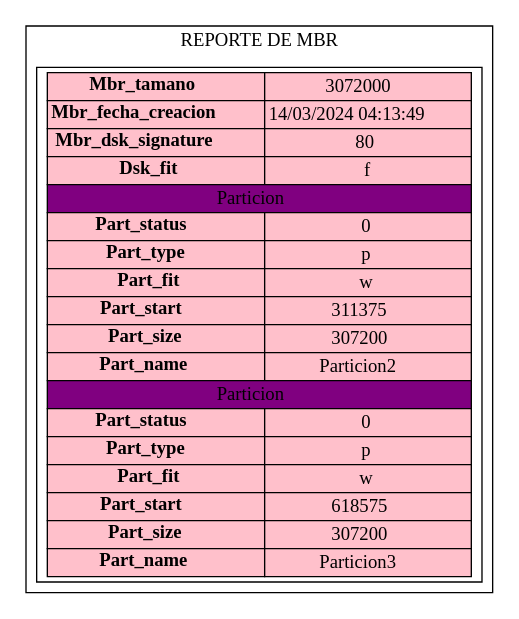
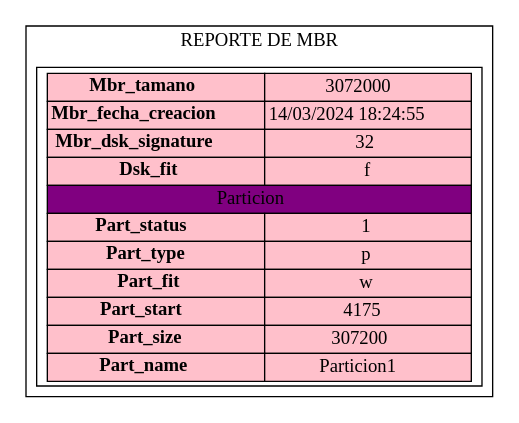
The diagram in Mbr.dot (NatalyDuarte/MIA_P1_202001570), drawn with Graphviz before and after one commit. The commit also changed 12 other files, not shown here.

```diff
--- a/Mbr.dot
+++ b/Mbr.dot
@@ -1,23 +1,17 @@
 digraph G{
 subgraph cluster{
 label="REPORTE DE MBR"
 tbl[shape=box,label=<
 <table border='0' cellborder='1' cellspacing='0' width='300'  height='200' >
 <tr> <td width='150' bgcolor="pink"><b>Mbr_tamano</b></td><td width='150' bgcolor="pink">3072000</td>  </tr>
-<tr>  <td bgcolor="pink"><b>Mbr_fecha_creacion</b></td><td bgcolor="pink">14/03/2024 04:13:49</td>  </tr>
-<tr>  <td bgcolor="pink"><b>Mbr_dsk_signature</b></td><td bgcolor="pink">80</td>  </tr>
-<tr>  <td bgcolor="pink"><b>Dsk_fit</b></td><td bgcolor="pink">f</td>  </tr><tr><td colspan="2" bgcolor="purple">Particion</td></tr><tr>  <td bgcolor="pink"><b>Part_status</b></td><td bgcolor="pink">0</td>  </tr>
+<tr>  <td bgcolor="pink"><b>Mbr_fecha_creacion</b></td><td bgcolor="pink">14/03/2024 18:24:55</td>  </tr>
+<tr>  <td bgcolor="pink"><b>Mbr_dsk_signature</b></td><td bgcolor="pink">32</td>  </tr>
+<tr>  <td bgcolor="pink"><b>Dsk_fit</b></td><td bgcolor="pink">f</td>  </tr><tr><td colspan="2" bgcolor="purple">Particion</td></tr><tr>  <td bgcolor="pink"><b>Part_status</b></td><td bgcolor="pink">1</td>  </tr>
 <tr>  <td bgcolor="pink"><b>Part_type</b></td><td bgcolor="pink">p</td>  </tr>
 <tr>  <td bgcolor="pink"><b>Part_fit</b></td><td bgcolor="pink">w</td>  </tr>
-<tr>  <td bgcolor="pink"><b>Part_start </b></td><td bgcolor="pink">311375</td>  </tr>
+<tr>  <td bgcolor="pink"><b>Part_start </b></td><td bgcolor="pink">4175</td>  </tr>
 <tr>  <td bgcolor="pink"><b>Part_size</b></td><td bgcolor="pink">307200</td>  </tr>
-<tr>  <td bgcolor="pink"><b>Part_name</b></td><td bgcolor="pink">Particion2</td>  </tr>
-<tr><td colspan="2" bgcolor="purple">Particion</td></tr><tr>  <td bgcolor="pink"><b>Part_status</b></td><td bgcolor="pink">0</td>  </tr>
-<tr>  <td bgcolor="pink"><b>Part_type</b></td><td bgcolor="pink">p</td>  </tr>
-<tr>  <td bgcolor="pink"><b>Part_fit</b></td><td bgcolor="pink">w</td>  </tr>
-<tr>  <td bgcolor="pink"><b>Part_start </b></td><td bgcolor="pink">618575</td>  </tr>
-<tr>  <td bgcolor="pink"><b>Part_size</b></td><td bgcolor="pink">307200</td>  </tr>
-<tr>  <td bgcolor="pink"><b>Part_name</b></td><td bgcolor="pink">Particion3</td>  </tr>
+<tr>  <td bgcolor="pink"><b>Part_name</b></td><td bgcolor="pink">Particion1</td>  </tr>
 </table>
 >];
 }}
```
